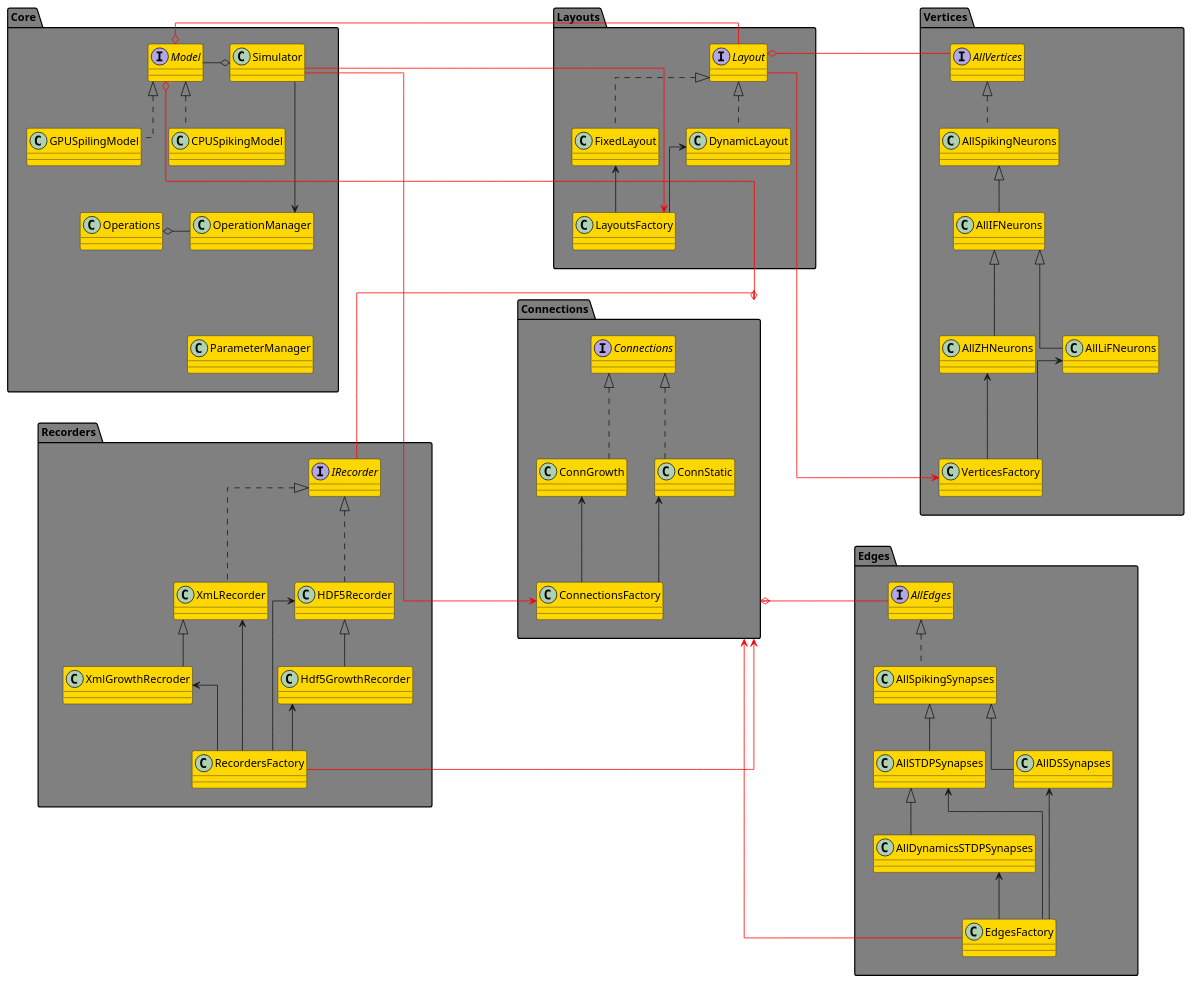
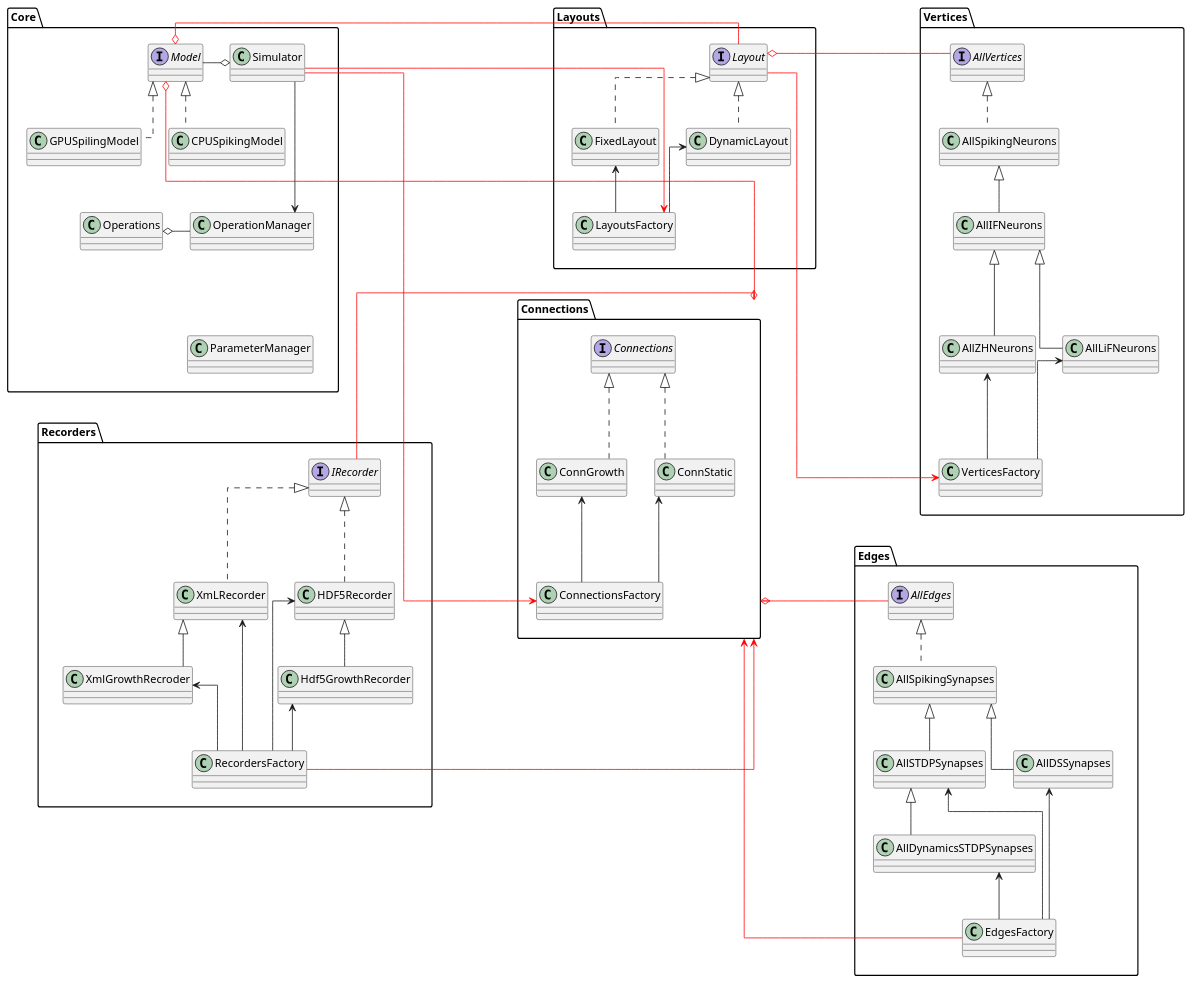
One commit to xiangli6/Graphitti changed the diagram in docs/Developer/ClassDiagrams/Components-UML.puml. Above: the diagram before and after it, drawn with PlantUML.

Commit message:
clean comment

```diff
--- a/docs/Developer/ClassDiagrams/Components-UML.puml
+++ b/docs/Developer/ClassDiagrams/Components-UML.puml
@@ -1,146 +1,104 @@
 @startuml package UML
 
-/' set up color '/
+/' set up line '/
 skinparam linetype ortho
-skinparam package{
-    backgroundColor Gray
-    'linetype ortho
-}
-
-skinparam class{
-    backgroundColor Gold
-}
-
 
 /' packages '/
 
  package Core{
     /' class '/
     class Simulator
     class CPUSpikingModel implements Model
     class GPUSpilingModel implements Model
     class Operations
     class OperationManager
     class ParameterManager
 
     /' class relationships '/
     Model -left-o Simulator 
     Operations o-right- OperationManager   
     Simulator ---> OperationManager 
 
 
     /' layout '/
     CPUSpikingModel-[hidden]right>GPUSpilingModel
     CPUSpikingModel-[hidden]->Operations
    OperationManager -[hidden]->ParameterManager
-
-    'outside of this package
-    'Simulator ->LayoutsFactory
-    'Simulator -->ConnectionsFactory
-
 }
 
 package Layouts{
-    'Model <-[#red] Layout
     class FixedLayout implements Layout
     class DynamicLayout implements Layout
+    class LayoutsFactory
     FixedLayout <-- LayoutsFactory
     DynamicLayout<-- LayoutsFactory
-
-    class LayoutsFactory
+    
 }
 
 package Vertices{
     class AllSpikingNeurons implements AllVertices
     class AllIFNeurons extends AllSpikingNeurons
     class AllLiFNeurons extends AllIFNeurons
     class AllZHNeurons extends AllIFNeurons
     class VerticesFactory 
     VerticesFactory -up->AllLiFNeurons
     VerticesFactory -up->AllZHNeurons
-
-
 }
 
 package Recorders{
     class  XmLRecorder implements IRecorder
     class HDF5Recorder implements IRecorder
     class XmlGrowthRecroder extends XmLRecorder
     class Hdf5GrowthRecorder extends HDF5Recorder
     class RecordersFactory
     XmLRecorder <-- RecordersFactory
     HDF5Recorder<-- RecordersFactory
     XmlGrowthRecroder<-- RecordersFactory
     Hdf5GrowthRecorder<-- RecordersFactory
 }
 
 package Connections{
-    'Model <-[#red] Connections
-
-
     class ConnStatic implements Connections
     class ConnGrowth Implements Connections
     class ConnectionsFactory
-    'ConnStatic -down-
     ConnectionsFactory --up> ConnStatic
     ConnectionsFactory --up> ConnGrowth
    
 }
 
 package Edges{
     class AllSpikingSynapses implements AllEdges
     class AllSTDPSynapses extends AllSpikingSynapses
     class AllDSSynapses extends AllSpikingSynapses
     class AllDynamicsSTDPSynapses extends AllSTDPSynapses
     class EdgesFactory
     EdgesFactory --up->AllSTDPSynapses
     EdgesFactory --up->AllDSSynapses
     EdgesFactory --up>AllDynamicsSTDPSynapses
 
 }
 
 
 /' set up packages position '/
 Core -[hidden]right>  Layouts
 Layouts -[hidden]right> Vertices
 Core -[hidden]down---> Recorders
 Layouts -[hidden]down--->Connections
 Vertices -[hidden]down-----> Edges
 
 /'relative position of classes between different packages'/
 Simulator -[#red]->LayoutsFactory
 Simulator -[#red]-->ConnectionsFactory
 Model o-[#red] Layout
 Model o-[#red]-- Connections
 /'relative position between package Layouts - Vertices'/
 Layout o-[#red] AllVertices
 Layout -[#red]---> VerticesFactory
 
 /'connections'/
 Connections o-[#red]- IRecorder
 Connections o-[#red]- AllEdges
 Connections <-[#red]---- RecordersFactory
 Connections <-[#red]---- EdgesFactory
 
-
-
-
-
-'group1 -[hidden]->group2
-
-
-
-/'  relationships of classes in different package'/
-
-    'outside of this package
-    'Simulator ->LayoutsFactory
-    'Simulator -->ConnectionsFactory
- 
-
-'Layouts ---[hidden]--Connections
-'Recorders -left[hidden]-Connections
-
-
-
-
 @enduml
```
